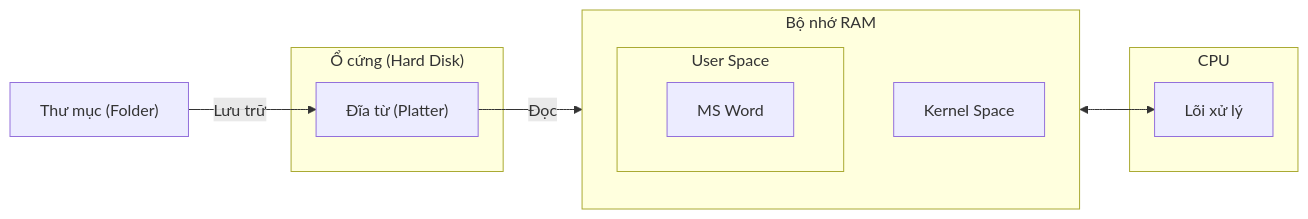
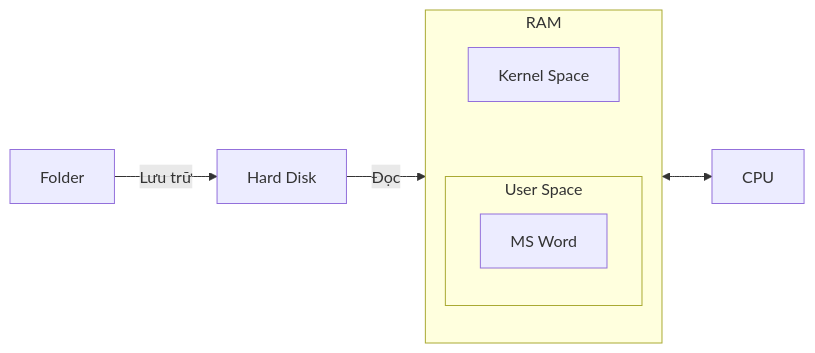
The eighth of 10 diagrams in OperatingSystem/OS_scratch/Concepts_OS/Intro_OS/Lession4.md (Duc-Lee/LLMserving_GPUoptimization), drawn with Mermaid before and after one commit. The commit also changed other lines of this file, not shown here.

````diff
--- a/OperatingSystem/OS_scratch/Concepts_OS/Intro_OS/Lession4.md
+++ b/OperatingSystem/OS_scratch/Concepts_OS/Intro_OS/Lession4.md
@@ -222,24 +206,16 @@
 ```mermaid
 flowchart LR
-    FOLDER1["Thư mục (Folder)"]
+    FOLDER["Folder"] -- "Lưu trữ" --> DISK["Hard Disk"]
+    DISK -- "Đọc" --> WORD
 
-    subgraph DISK1 ["Ổ cứng (Hard Disk)"]
-        PLATTER1["Đĩa từ (Platter)"]
+    subgraph RAM ["RAM"]
+        direction TB
+        KS["Kernel Space"]
+        subgraph US ["User Space"]
+            WORD["MS Word"]
+        end
+        KS ~~~ US
     end
 
-    subgraph RAM1 ["Bộ nhớ RAM"]
-        direction TB
-        KS1["Kernel Space"]
-        subgraph US1 ["User Space"]
-            WORD1["MS Word"]
-        end
-    end
-
-    subgraph CPU1 ["CPU"]
-        CORE1["Lõi xử lý"]
-    end
-
-    FOLDER1 -- "Lưu trữ" --> PLATTER1
-    PLATTER1 -- "Đọc" --> US1
-    US1 <--> CORE1
+    US <--> CPU["CPU"]
 ```
````
